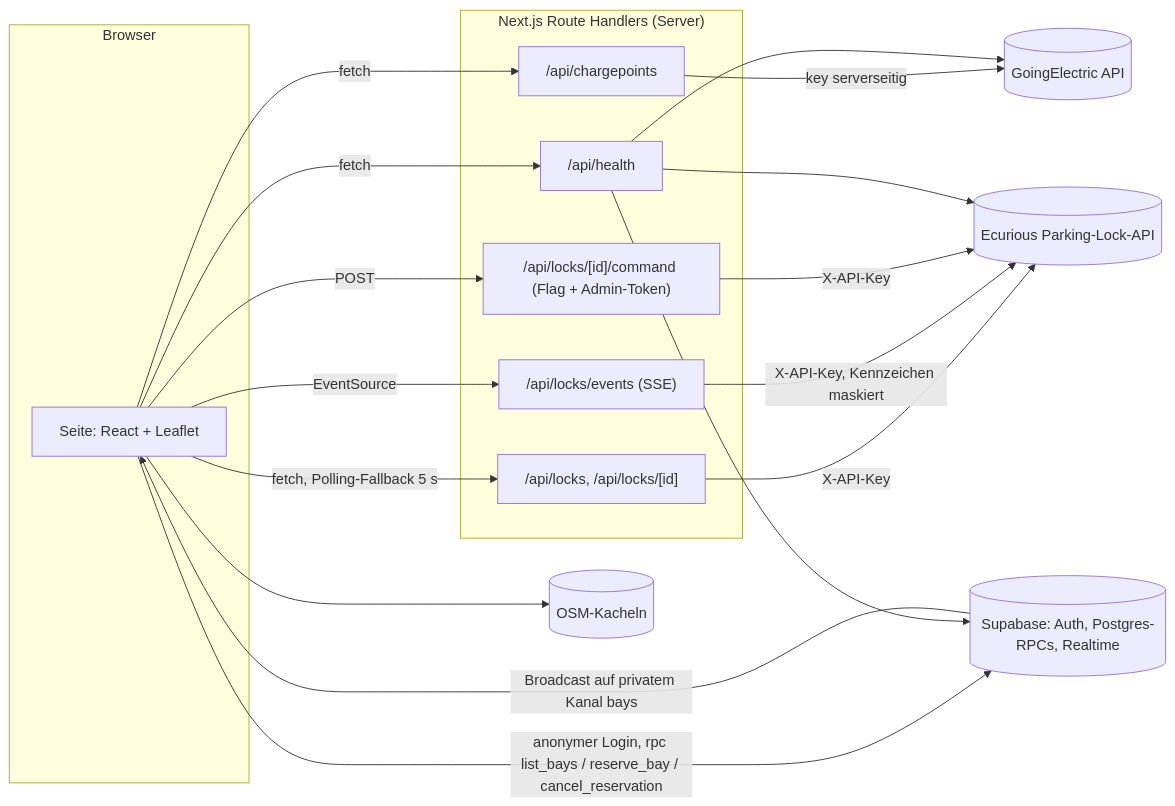
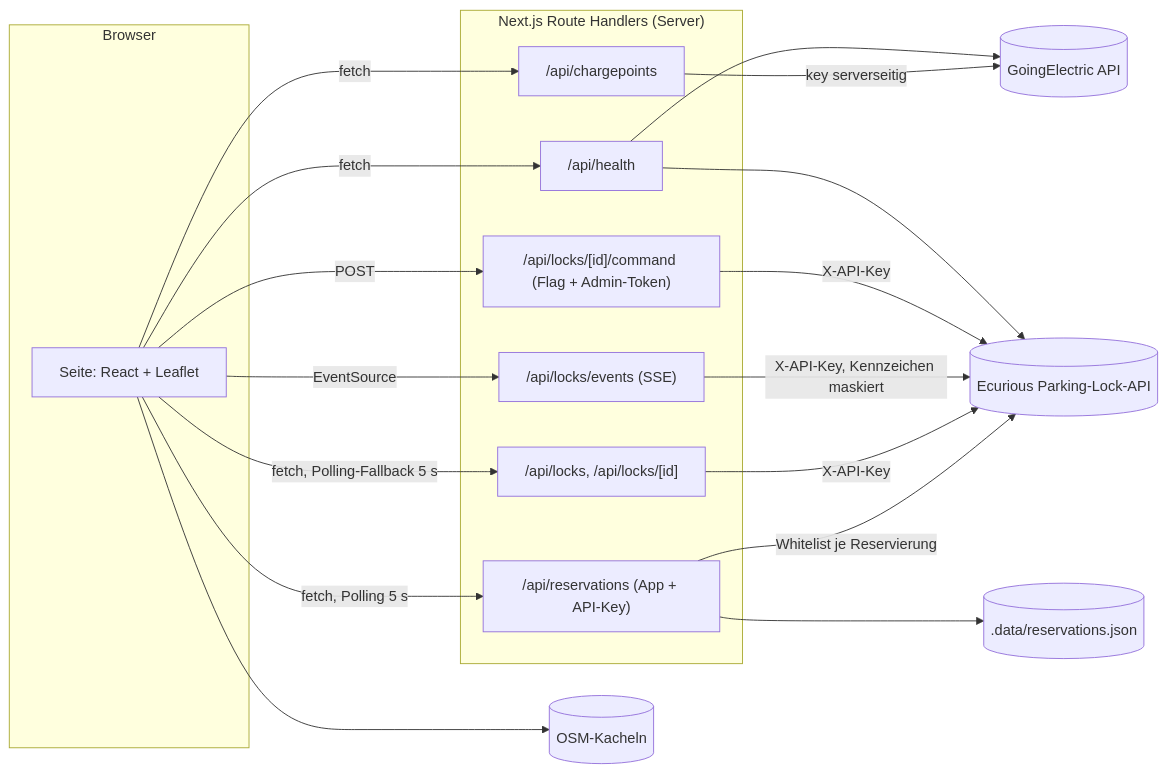
The diagram in README.md (renenikolas/flash), drawn with Mermaid before and after one commit. The commit also changed other lines of this file and 45 other files, not shown here.

First line of the commit message:
FLASH: Reservierungen, Profil, Flotte, Reservierungs-API und Whitelist-Abgleich

````diff
--- a/README.md
+++ b/README.md
@@ -46,33 +40,34 @@
 ```mermaid
 flowchart LR
   subgraph Browser
     UI["Seite: React + Leaflet"]
   end
   subgraph Next["Next.js Route Handlers (Server)"]
     H["/api/health"]
     C["/api/chargepoints"]
     L["/api/locks, /api/locks/[id]"]
     E["/api/locks/events (SSE)"]
     CMD["/api/locks/[id]/command (Flag + Admin-Token)"]
+    R["/api/reservations (App + API-Key)"]
   end
   GE[("GoingElectric API")]
   EC[("Ecurious Parking-Lock-API")]
-  SB[("Supabase: Auth, Postgres-RPCs, Realtime")]
+  DATA[(".data/reservations.json")]
   OSM[("OSM-Kacheln")]
 
   UI -->|fetch| H
   UI -->|fetch| C
   UI -->|fetch, Polling-Fallback 5 s| L
   UI -->|EventSource| E
   UI -->|POST| CMD
-  UI -->|anonymer Login, rpc list_bays / reserve_bay / cancel_reservation| SB
-  SB -->|Broadcast auf privatem Kanal bays| UI
+  UI -->|fetch, Polling 5 s| R
+  R --> DATA
+  R -->|Whitelist je Reservierung| EC
   UI --> OSM
   C -->|key serverseitig| GE
   L -->|X-API-Key| EC
   E -->|X-API-Key, Kennzeichen maskiert| EC
   CMD -->|X-API-Key| EC
   H --> GE
-  H --> SB
   H --> EC
 ```
````
